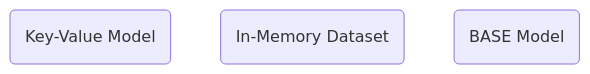
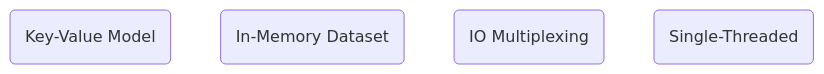
One commit to bingyangchen/KM-software changed the diagram in Database/Redis/Introduction.md. Above: the diagram before and after it, drawn with Mermaid. The commit also changed other lines of this file and 32 other files, not shown here.

````diff
--- a/Database/Redis/Introduction.md
+++ b/Database/Redis/Introduction.md
@@ -3,6 +3,7 @@
 ```mermaid
 flowchart TD
     id1(Key-Value Model)
     id2(In-Memory Dataset)
-    id3(BASE Model)
+    id3(IO Multiplexing)
+    id4(Single-Threaded)
 ```
````
